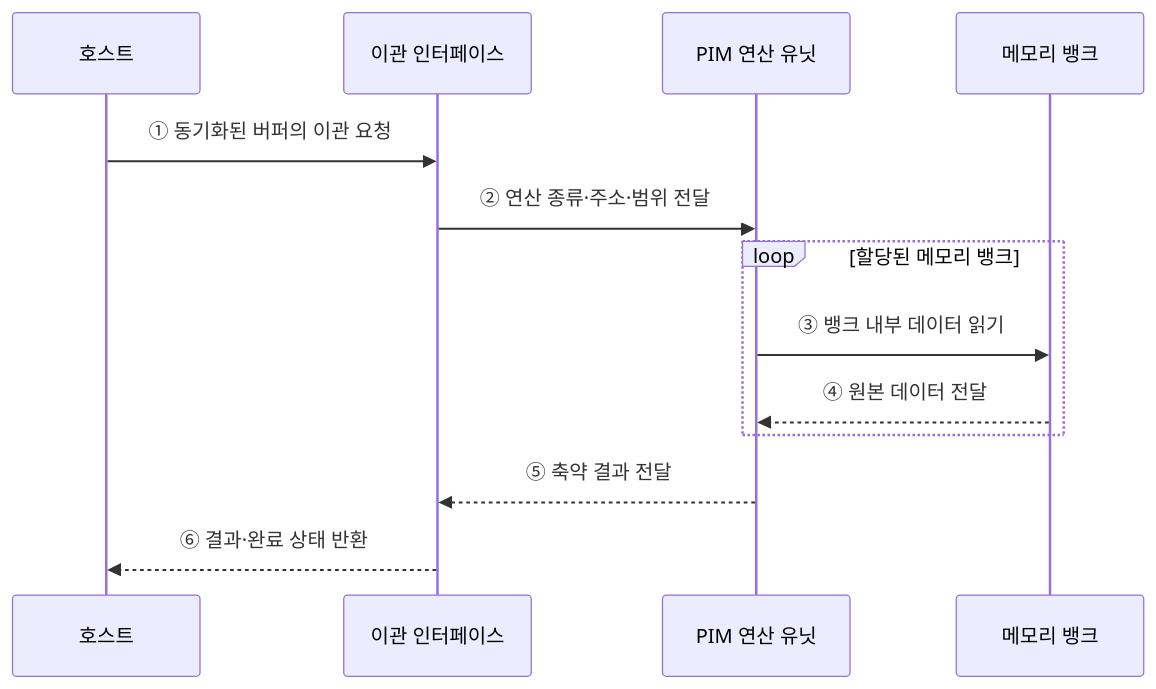
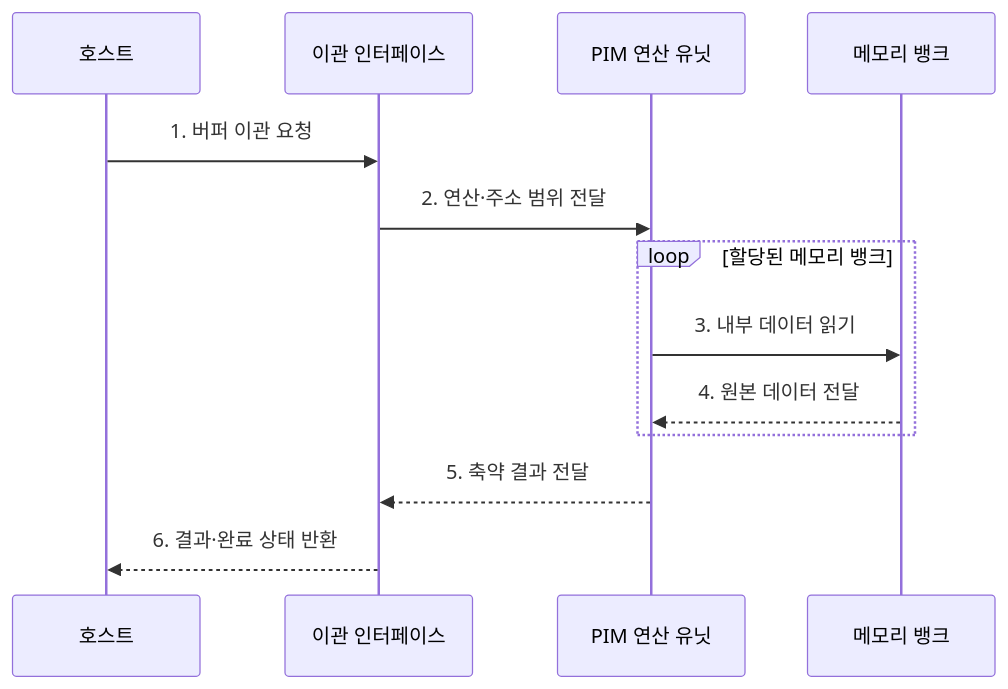
Before and after one commit to agnusdei1207/knowledge-base: the second of 2 diagrams in src/content/docs/notes/02-hardware/026_pim.md, drawn with Mermaid. The commit also changed other lines of this file and 20 other files, not shown here.

````diff
--- a/src/content/docs/notes/02-hardware/026_pim.md
+++ b/src/content/docs/notes/02-hardware/026_pim.md
@@ -84,15 +87,15 @@
 ```mermaid
 sequenceDiagram
     participant H as 호스트
     participant I as 이관 인터페이스
     participant U as PIM 연산 유닛
     participant B as 메모리 뱅크
-    H->>I: ① 동기화된 버퍼의 이관 요청
-    I->>U: ② 연산 종류·주소·범위 전달
+    H->>I: 1. 버퍼 이관 요청
+    I->>U: 2. 연산·주소 범위 전달
     loop 할당된 메모리 뱅크
-        U->>B: ③ 뱅크 내부 데이터 읽기
-        B-->>U: ④ 원본 데이터 전달
+        U->>B: 3. 내부 데이터 읽기
+        B-->>U: 4. 원본 데이터 전달
     end
-    U-->>I: ⑤ 축약 결과 전달
-    I-->>H: ⑥ 결과·완료 상태 반환
+    U-->>I: 5. 축약 결과 전달
+    I-->>H: 6. 결과·완료 상태 반환
 ```
````
